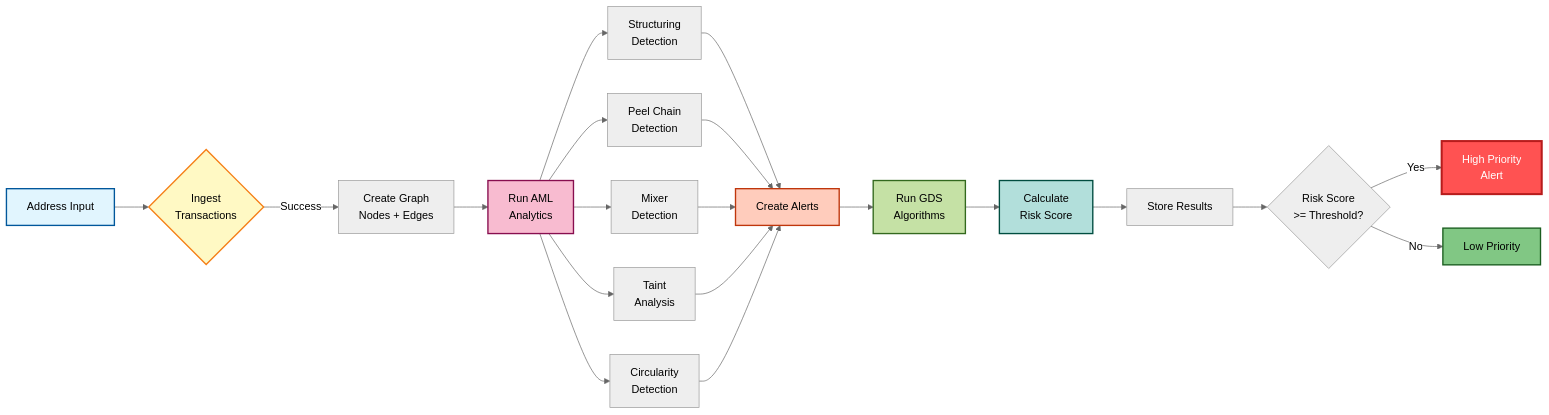
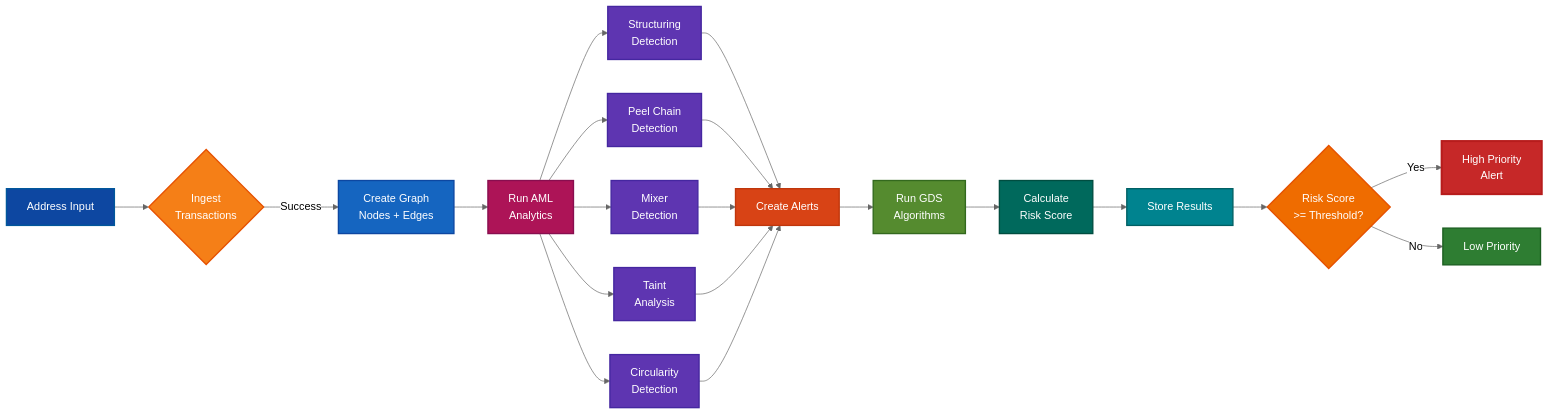
The second of 11 diagrams in README.md (gregorizeidler/ethguardian-AI), drawn with Mermaid (neutral theme) before and after one commit. The commit also changed other lines of this file, not shown here.

First line of the commit message:
🎨 Improve README: Add all 24 screenshots + fix diagram contrast

````diff
--- a/README.md
+++ b/README.md
@@ -202,35 +202,43 @@
 ```mermaid
 flowchart LR
     A[Address Input] --> B{Ingest<br/>Transactions}
     B -->|Success| C[Create Graph<br/>Nodes + Edges]
     C --> D[Run AML<br/>Analytics]
     
     D --> E1[Structuring<br/>Detection]
     D --> E2[Peel Chain<br/>Detection]
     D --> E3[Mixer<br/>Detection]
     D --> E4[Taint<br/>Analysis]
     D --> E5[Circularity<br/>Detection]
     
     E1 --> F[Create Alerts]
     E2 --> F
     E3 --> F
     E4 --> F
     E5 --> F
     
     F --> G[Run GDS<br/>Algorithms]
     G --> H[Calculate<br/>Risk Score]
     H --> I[Store Results]
     
     I --> J{Risk Score<br/>>= Threshold?}
     J -->|Yes| K[High Priority<br/>Alert]
     J -->|No| L[Low Priority]
     
-    style A fill:#E1F5FE,stroke:#01579B,stroke-width:2px
-    style B fill:#FFF9C4,stroke:#F57F17,stroke-width:2px
-    style D fill:#F8BBD0,stroke:#880E4F,stroke-width:2px
-    style F fill:#FFCCBC,stroke:#BF360C,stroke-width:2px
-    style G fill:#C5E1A5,stroke:#33691E,stroke-width:2px
-    style H fill:#B2DFDB,stroke:#004D40,stroke-width:2px
-    style K fill:#FF5252,stroke:#B71C1C,stroke-width:3px,color:#fff
-    style L fill:#81C784,stroke:#1B5E20,stroke-width:2px
+    style A fill:#0D47A1,stroke:#01579B,stroke-width:2px,color:#fff
+    style B fill:#F57F17,stroke:#E65100,stroke-width:2px,color:#fff
+    style C fill:#1565C0,stroke:#0D47A1,stroke-width:2px,color:#fff
+    style D fill:#AD1457,stroke:#880E4F,stroke-width:2px,color:#fff
+    style E1 fill:#5E35B1,stroke:#4527A0,stroke-width:2px,color:#fff
+    style E2 fill:#5E35B1,stroke:#4527A0,stroke-width:2px,color:#fff
+    style E3 fill:#5E35B1,stroke:#4527A0,stroke-width:2px,color:#fff
+    style E4 fill:#5E35B1,stroke:#4527A0,stroke-width:2px,color:#fff
+    style E5 fill:#5E35B1,stroke:#4527A0,stroke-width:2px,color:#fff
+    style F fill:#D84315,stroke:#BF360C,stroke-width:2px,color:#fff
+    style G fill:#558B2F,stroke:#33691E,stroke-width:2px,color:#fff
+    style H fill:#00695C,stroke:#004D40,stroke-width:2px,color:#fff
+    style I fill:#00838F,stroke:#006064,stroke-width:2px,color:#fff
+    style J fill:#EF6C00,stroke:#E65100,stroke-width:2px,color:#fff
+    style K fill:#C62828,stroke:#B71C1C,stroke-width:3px,color:#fff
+    style L fill:#2E7D32,stroke:#1B5E20,stroke-width:2px,color:#fff
 ```
````
